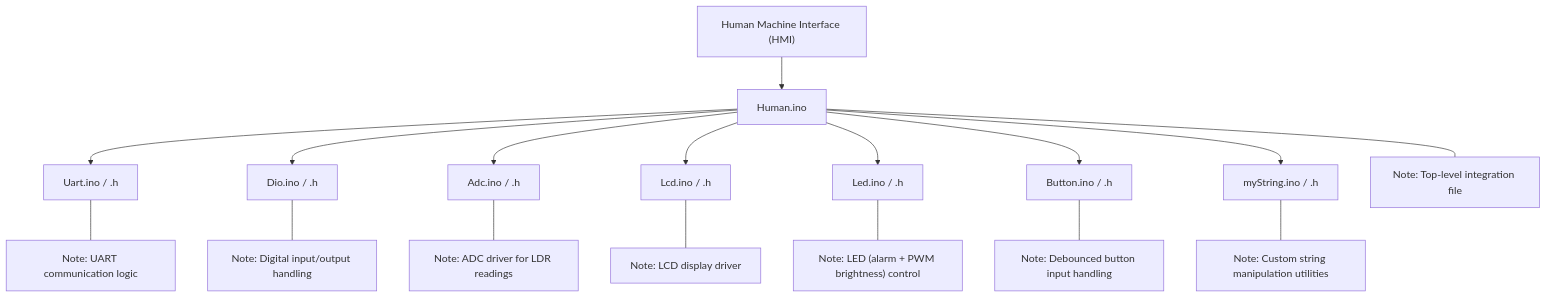
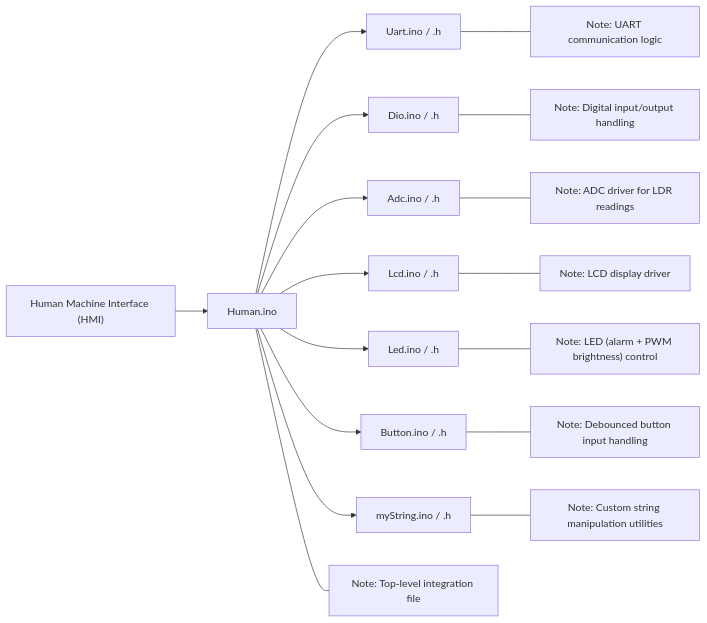
The second of 2 diagrams in README.md (tarekmahmoud05/Human-Machine-Interface), drawn with Mermaid before and after one commit. The commit also changed other lines of this file, not shown here.

````diff
--- a/README.md
+++ b/README.md
@@ -21,43 +112,43 @@
 ```mermaid
-graph TD
+graph LR
     %% Main Architecture Elements
     HMI["Human Machine Interface (HMI)"]
     Human["Human.ino"]
     Uart["Uart.ino / .h"]
     Dio["Dio.ino / .h"]
     Adc["Adc.ino / .h"]
     Lcd["Lcd.ino / .h"]
     Led["Led.ino / .h"]
     Button["Button.ino / .h"]
     myString["myString.ino / .h"]
 
-    %% Direct Structural Hierarchy
+    %% Direct Structural Hierarchy (Flows Left-to-Right for Vertical Tree look)
     HMI --> Human
     Human --> Uart
     Human --> Dio
     Human --> Adc
     Human --> Lcd
     Human --> Led
     Human --> Button
     Human --> myString
 
     %% Side Alignment Documentation Boxes
     Note1["Note: Top-level integration file"]
     Note2["Note: UART communication logic"]
     Note3["Note: Digital input/output handling"]
     Note4["Note: ADC driver for LDR readings"]
     Note5["Note: LCD display driver"]
     Note6["Note: LED (alarm + PWM brightness) control"]
     Note7["Note: Debounced button input handling"]
     Note8["Note: Custom string manipulation utilities"]
 
-    %% Link the notes to the boxes cleanly
+    %% Link the notes directly to the right side of the boxes
     Human --- Note1
     Uart --- Note2
     Dio --- Note3
     Adc --- Note4
     Lcd --- Note5
     Led --- Note6
     Button --- Note7
     myString --- Note8
 ```
````
